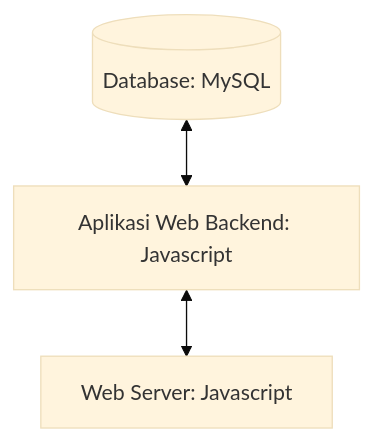
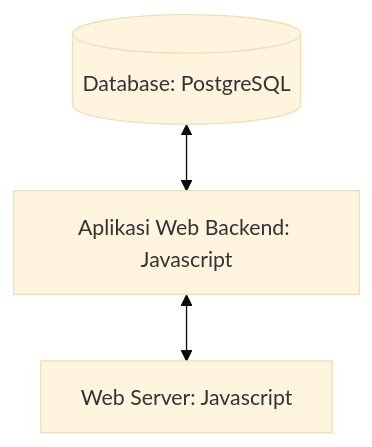
One commit to Fadhillahrizqia/Tugas-PDP changed the second of 3 diagrams in Pacman1.md. Above: the diagram before and after it, drawn with Mermaid (base theme). The commit also changed other lines of this file, not shown here.

````diff
--- a/Pacman1.md
+++ b/Pacman1.md
@@ -106,4 +106,4 @@
 ```mermaid
 flowchart TD
-    id1[(Database: MySQL)] <--> id2[Aplikasi Web Backend: Javascript ] <--> id3[Web Server: Javascript ]  
+    id1[(Database: PostgreSQL)] <--> id2[Aplikasi Web Backend: Javascript ] <--> id3[Web Server: Javascript ]  
 ```
````
